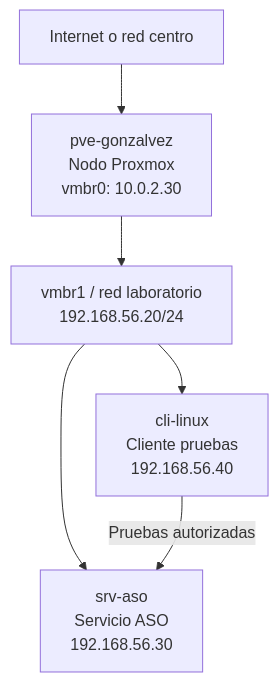
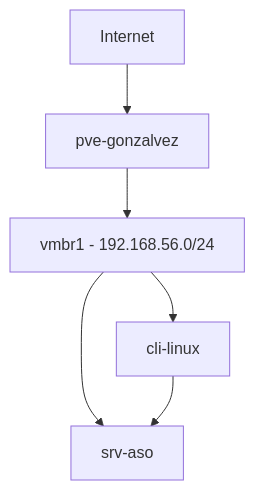
The diagram in pi-proxmox-gonzalvez-jesus/docs/02-diagrama-red.md (JesusGonzalvez/pi-proxmox-gonzalvez-jesus), drawn with Mermaid before and after one commit.

````diff
--- a/pi-proxmox-gonzalvez-jesus/docs/02-diagrama-red.md
+++ b/pi-proxmox-gonzalvez-jesus/docs/02-diagrama-red.md
@@ -34,8 +34,8 @@
 ```mermaid
 flowchart TD
-  Internet["Internet o red centro"] --> PVE["pve-gonzalvez<br/>Nodo Proxmox<br/>vmbr0: 10.0.2.30"]
-  PVE --> BR["vmbr1 / red laboratorio<br/>192.168.56.20/24"]
-  BR --> SRV["srv-aso<br/>Servicio ASO<br/>192.168.56.30"]
-  BR --> CLI["cli-linux<br/>Cliente pruebas<br/>192.168.56.40"]
-  CLI -->|"Pruebas autorizadas"| SRV
+  Internet[Internet] --> PVE[pve-gonzalvez]
+  PVE --> BR[vmbr1 - 192.168.56.0/24]
+  BR --> SRV[srv-aso]
+  BR --> CLI[cli-linux]
+  CLI --> SRV
 ```
````
